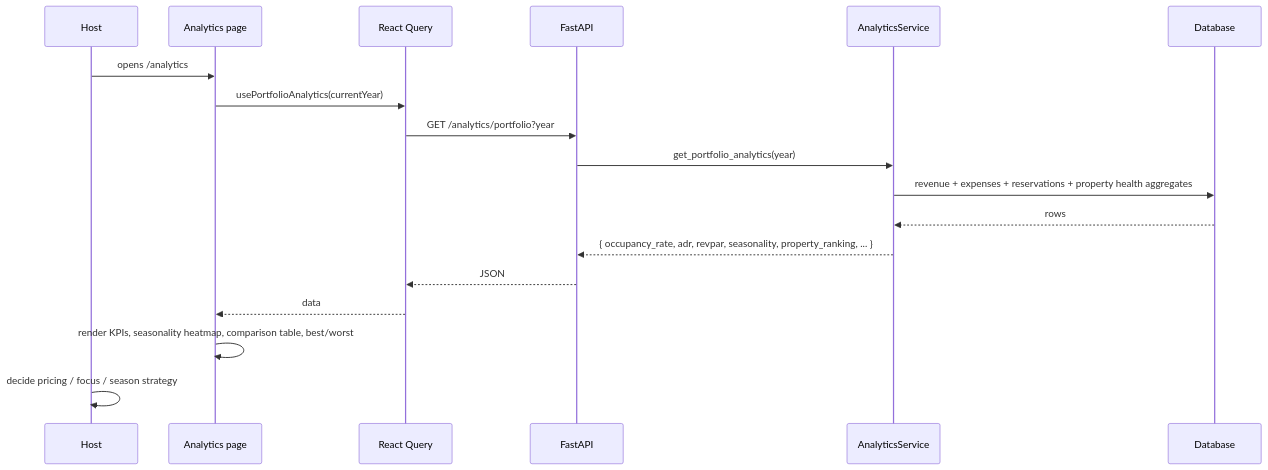
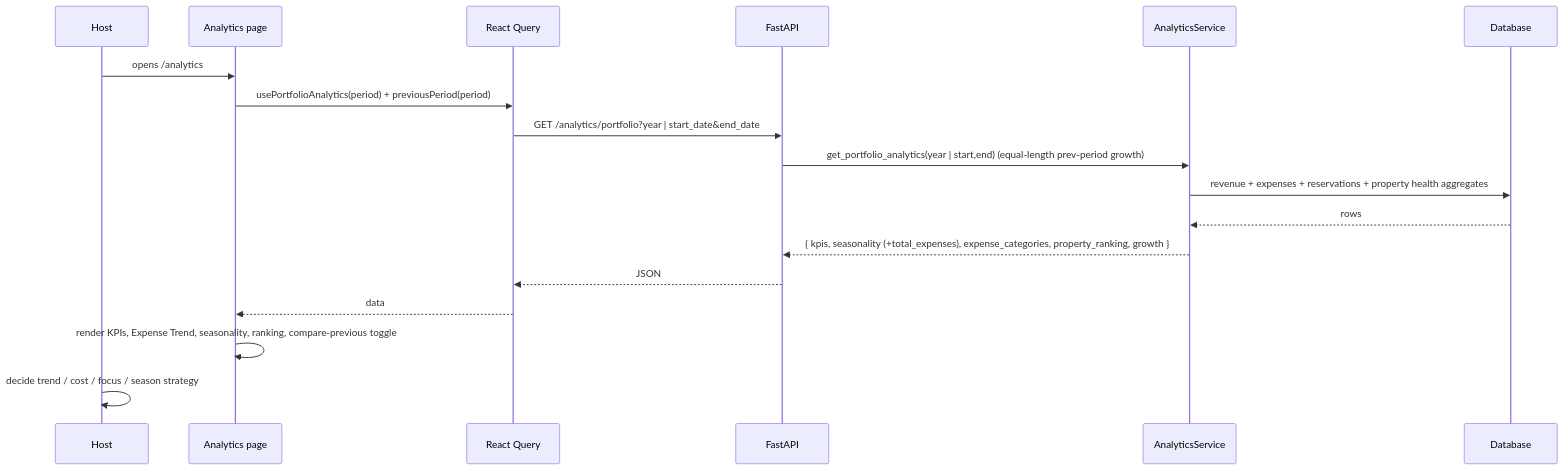
Before and after one commit to mahmoud-ath/HostWise: the diagram in docs/analytics-audit.md, drawn with Mermaid. The commit also changed other lines of this file and 43 other files, not shown here.

````diff
--- a/docs/analytics-audit.md
+++ b/docs/analytics-audit.md
@@ -31,21 +35,21 @@
 ```mermaid
 sequenceDiagram
     participant U as Host
     participant A as Analytics page
     participant Q as React Query
     participant API as FastAPI
     participant S as AnalyticsService
     participant DB as Database
 
     U->>A: opens /analytics
-    A->>Q: usePortfolioAnalytics(currentYear)
-    Q->>API: GET /analytics/portfolio?year
-    API->>S: get_portfolio_analytics(year)
+    A->>Q: usePortfolioAnalytics(period) + previousPeriod(period)
+    Q->>API: GET /analytics/portfolio?year | start_date&end_date
+    API->>S: get_portfolio_analytics(year | start,end) (equal-length prev-period growth)
     S->>DB: revenue + expenses + reservations + property health aggregates
     DB-->>S: rows
-    S-->>API: { occupancy_rate, adr, revpar, seasonality, property_ranking, ... }
+    S-->>API: { kpis, seasonality (+total_expenses), expense_categories, property_ranking, growth }
     API-->>Q: JSON
     Q-->>A: data
-    A->>A: render KPIs, seasonality heatmap, comparison table, best/worst
-    U->>U: decide pricing / focus / season strategy
+    A->>A: render KPIs, Expense Trend, seasonality, ranking, compare-previous toggle
+    U->>U: decide trend / cost / focus / season strategy
 ```
````
